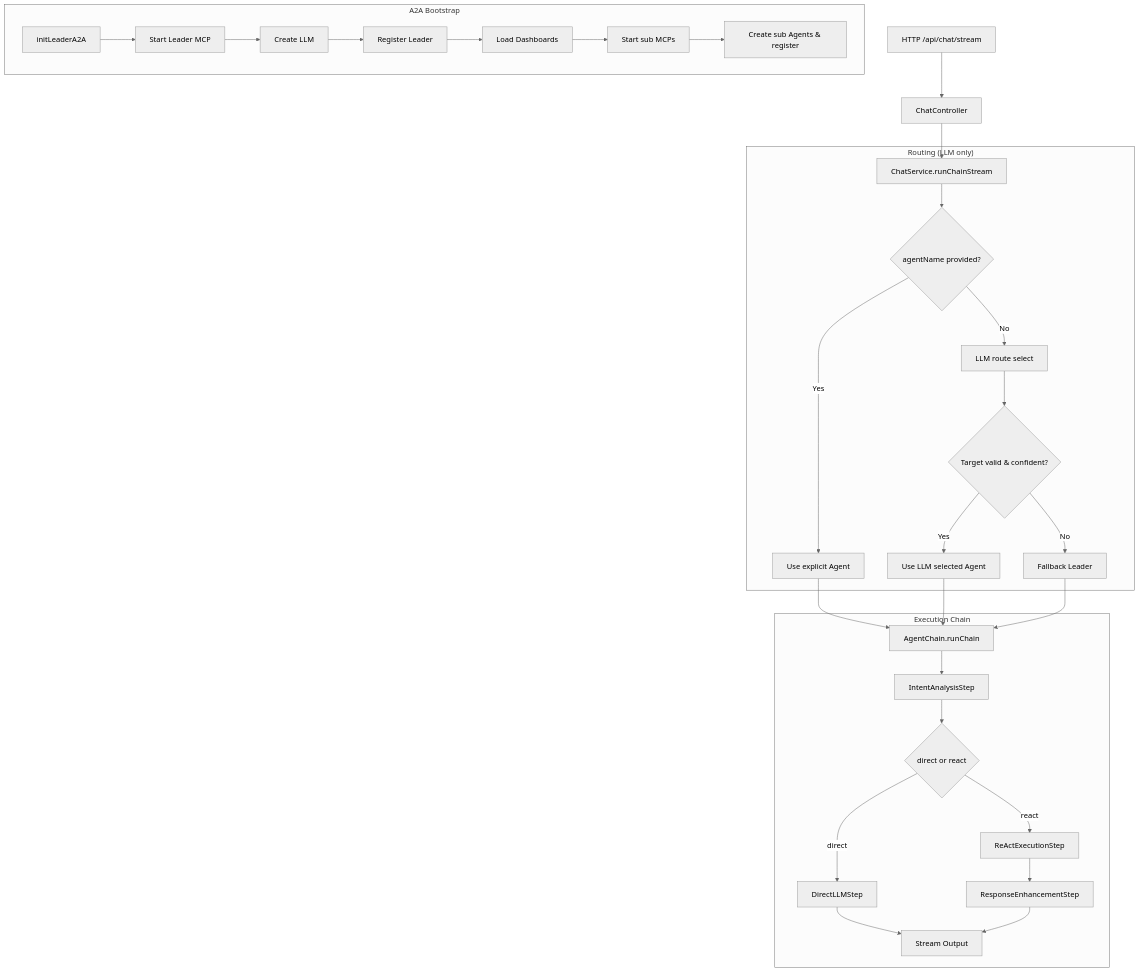
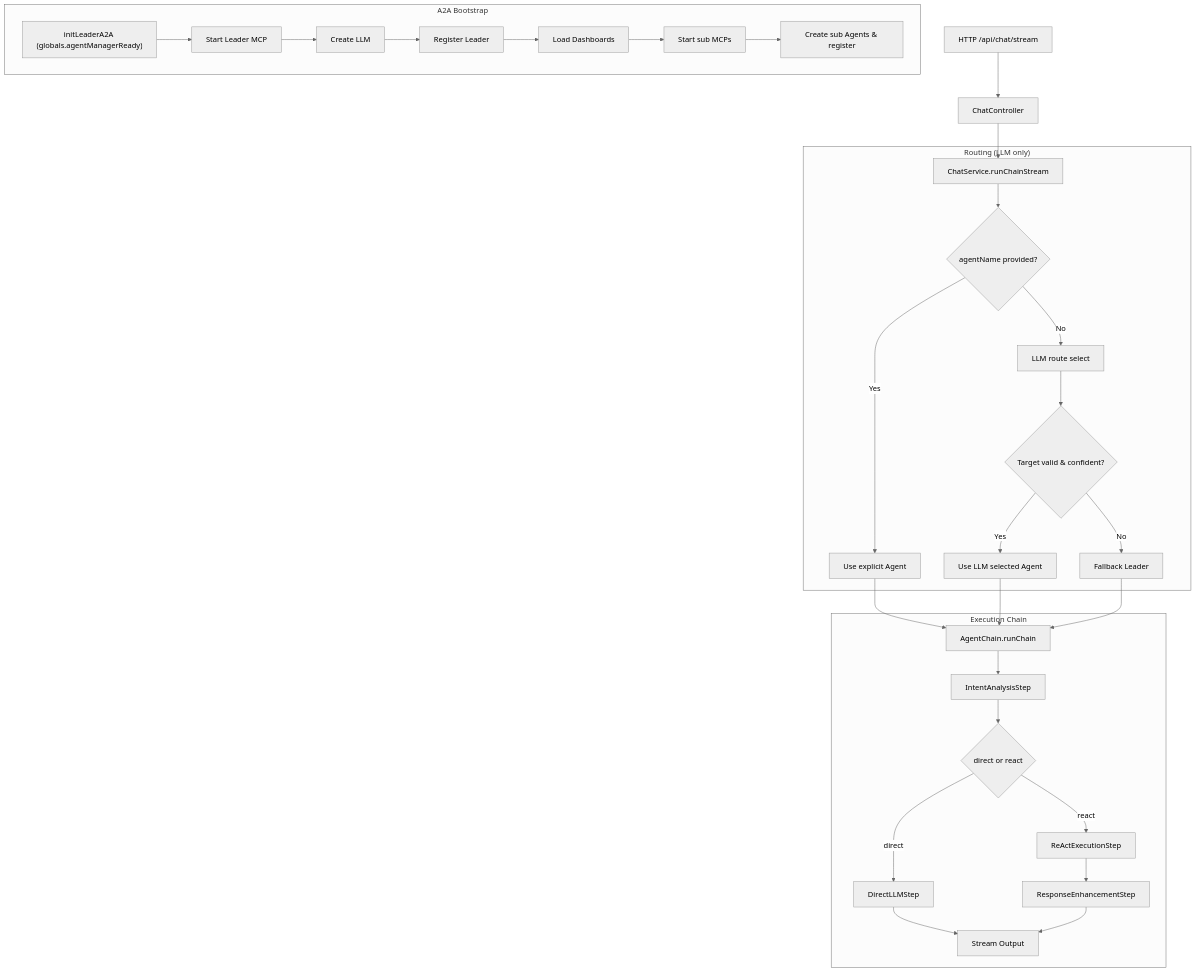
Before and after one commit to seemrcola/bot-server: the diagram in docs/a2a-flow.md, drawn with Mermaid (neutral theme). The commit also changed 4 other files, not shown here.

````diff
--- a/docs/a2a-flow.md
+++ b/docs/a2a-flow.md
@@ -3,40 +3,40 @@
 ```mermaid
 flowchart TD
   %% Entry
   A["HTTP /api/chat/stream"] --> B["ChatController"]
   B --> C["ChatService.runChainStream"]
 
   %% Routing (LLM only)
   subgraph ROUTE["Routing (LLM only)"]
     C --> D{"agentName provided?"}
     D -- "Yes" --> E["Use explicit Agent"]
     D -- "No"  --> F["LLM route select"]
     F --> G{"Target valid & confident?"}
     G -- "Yes" --> H["Use LLM selected Agent"]
     G -- "No"  --> L["Fallback Leader"]
   end
 
   %% Execution Chain
   subgraph EXEC["Execution Chain"]
     H --> M["AgentChain.runChain"]
     E --> M
     L --> M
     M --> N["IntentAnalysisStep"]
     N --> O{"direct or react"}
     O -- "direct" --> P["DirectLLMStep"]
     O -- "react"  --> Q["ReActExecutionStep"]
     Q --> R["ResponseEnhancementStep"]
     P --> S["Stream Output"]
     R --> S
   end
 
   %% Bootstrap
   subgraph BOOT["A2A Bootstrap"]
-    T["initLeaderA2A"] --> U["Start Leader MCP"]
+    T["initLeaderA2A (globals.agentManagerReady)"] --> U["Start Leader MCP"]
     U --> V["Create LLM"]
     V --> W["Register Leader"]
     W --> X["Load Dashboards"]
     X --> Y["Start sub MCPs"]
     Y --> Z["Create sub Agents & register"]
   end
 ```
````
